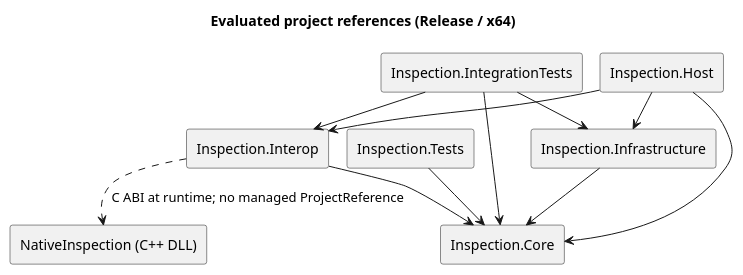
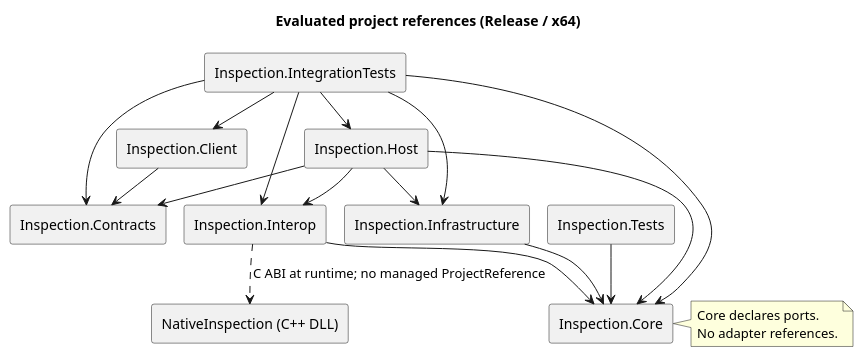
One commit to Myoungmin/CSharp-InspectionCore-Lab changed the diagram in docs/diagrams/dependencies.generated.puml. Above: the diagram before and after it, drawn with PlantUML. The commit also changed 47 other files, not shown here.

First line of the commit message:
feat: add named pipe IPC and separate inspection client

```diff
--- a/docs/diagrams/dependencies.generated.puml
+++ b/docs/diagrams/dependencies.generated.puml
@@ -1,22 +1,33 @@
 @startuml
 !pragma layout smetana
 title Evaluated project references (Release / x64)
 skinparam componentStyle rectangle
+component "Inspection.Client" as Inspection_Client
+component "Inspection.Contracts" as Inspection_Contracts
 component "Inspection.Core" as Inspection_Core
 component "Inspection.Host" as Inspection_Host
 component "Inspection.Infrastructure" as Inspection_Infrastructure
 component "Inspection.IntegrationTests" as Inspection_IntegrationTests
 component "Inspection.Interop" as Inspection_Interop
 component "Inspection.Tests" as Inspection_Tests
+Inspection_Client --> Inspection_Contracts
+Inspection_Host --> Inspection_Contracts
 Inspection_Host --> Inspection_Core
 Inspection_Host --> Inspection_Infrastructure
 Inspection_Host --> Inspection_Interop
 Inspection_Infrastructure --> Inspection_Core
+Inspection_IntegrationTests --> Inspection_Client
+Inspection_IntegrationTests --> Inspection_Contracts
 Inspection_IntegrationTests --> Inspection_Core
+Inspection_IntegrationTests --> Inspection_Host
 Inspection_IntegrationTests --> Inspection_Infrastructure
 Inspection_IntegrationTests --> Inspection_Interop
 Inspection_Interop --> Inspection_Core
 Inspection_Tests --> Inspection_Core
 component "NativeInspection (C++ DLL)" as NativeInspection
 Inspection_Interop ..> NativeInspection : C ABI at runtime; no managed ProjectReference
+note right of Inspection_Core
+Core declares ports.
+No adapter references.
+end note
 @enduml
```
